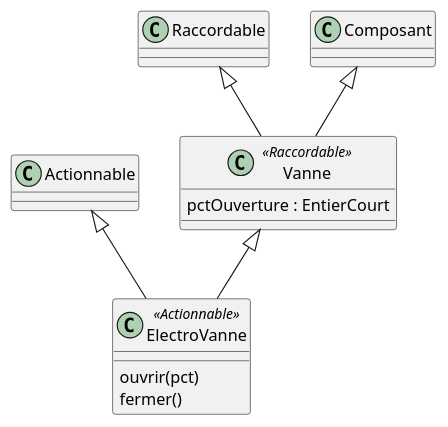
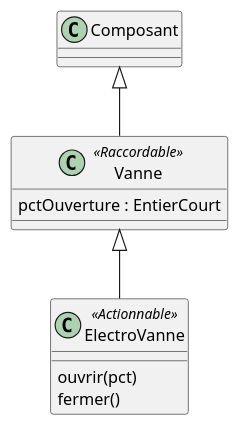
The diagram in vanne.iuml (beerfactory/brewbox-uml), drawn with PlantUML before and after one commit. The commit also changed other lines of this file and 2 other files, not shown here.

```diff
--- a/vanne.iuml
+++ b/vanne.iuml
@@ -1,13 +1,11 @@
 class Vanne  <<Raccordable>> {
     pctOuverture : EntierCourt
 }
 
 class ElectroVanne <<Actionnable>> {
     ouvrir(pct)
     fermer()
 }
 
 Vanne <|-- ElectroVanne
-Raccordable <|-- Vanne
 Composant <|-- Vanne
-Actionnable <|-- ElectroVanne
```
